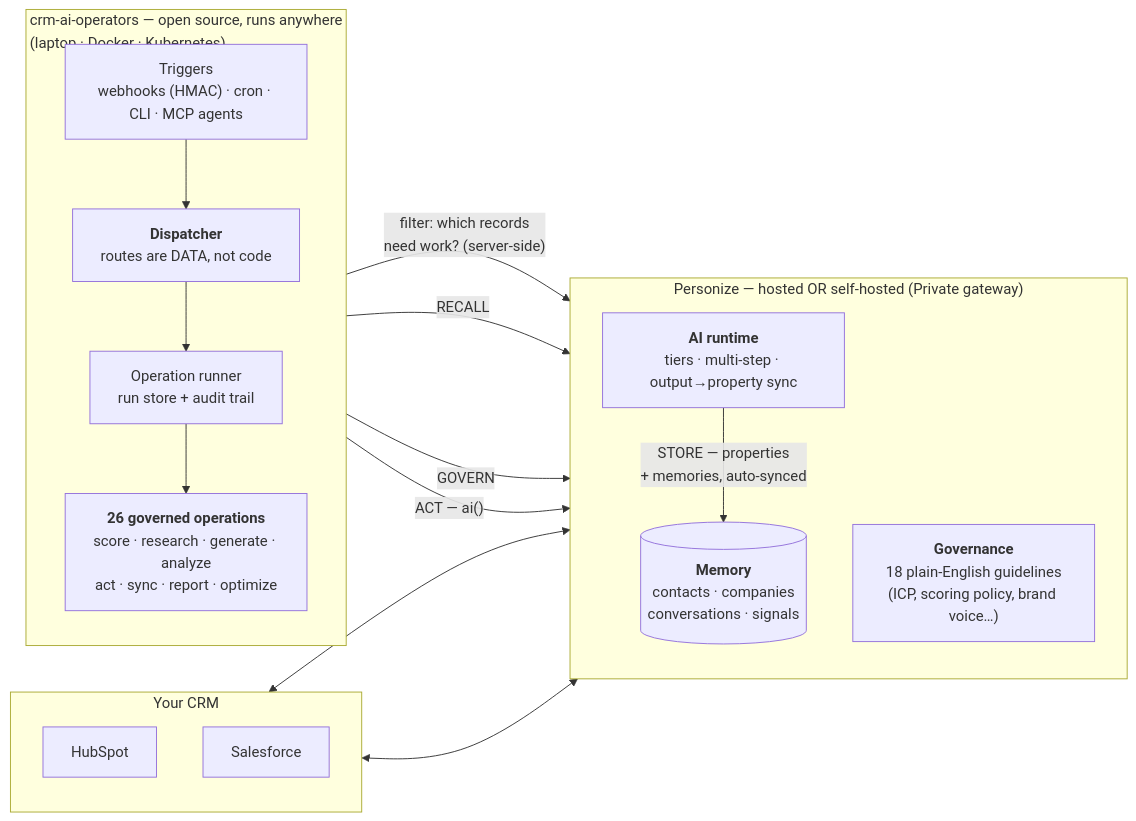
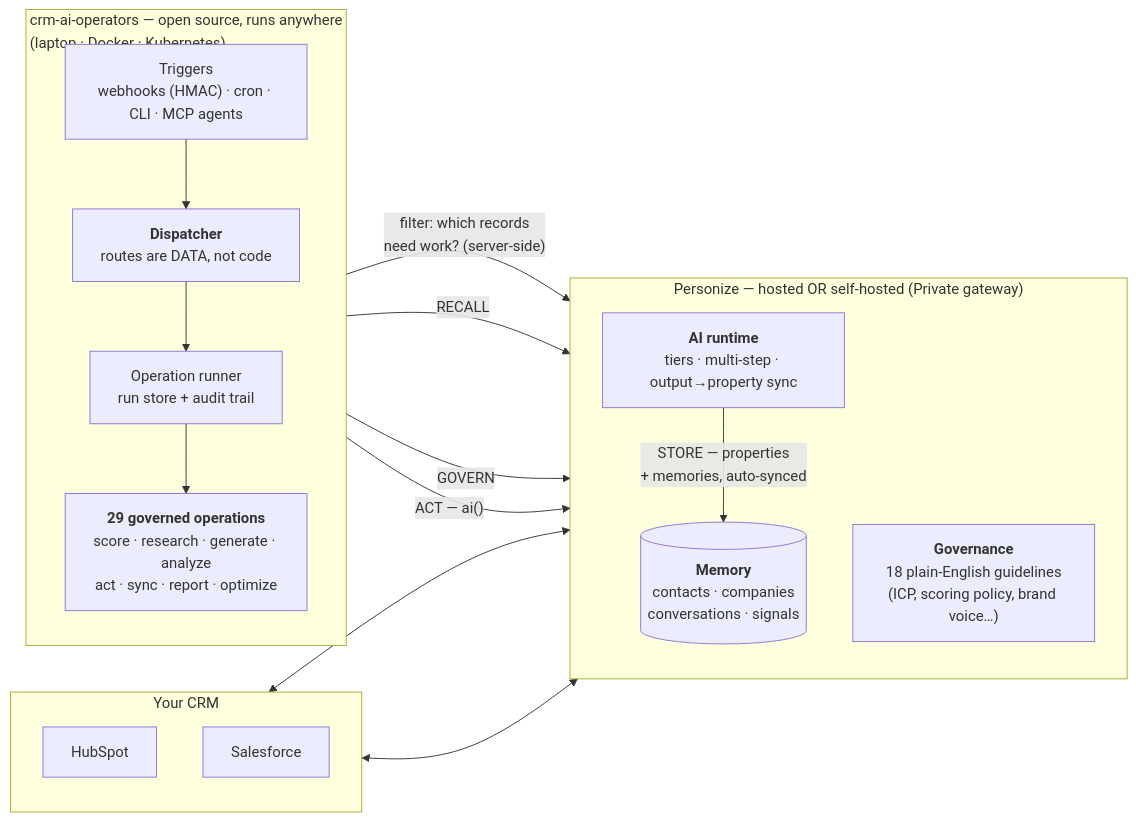
The first of 4 diagrams in docs/ARCHITECTURE.md (personizeai/crm-ai-operators), drawn with Mermaid before and after one commit. The commit also changed other lines of this file and 7 other files, not shown here.

````diff
--- a/docs/ARCHITECTURE.md
+++ b/docs/ARCHITECTURE.md
@@ -9,32 +9,32 @@
 ```mermaid
 flowchart LR
   subgraph CRM["Your CRM"]
     direction TB
     HS[HubSpot]
     SF[Salesforce]
   end
 
   subgraph ENGINE["crm-ai-operators — open source, runs anywhere<br/>(laptop · Docker · Kubernetes)"]
     direction TB
     TRIG["Triggers<br/>webhooks (HMAC) · cron · CLI · MCP agents"]
     DISP["<b>Dispatcher</b><br/>routes are DATA, not code"]
     RUN["Operation runner<br/>run store + audit trail"]
-    OPS["<b>26 governed operations</b><br/>score · research · generate · analyze<br/>act · sync · report · optimize"]
+    OPS["<b>29 governed operations</b><br/>score · research · generate · analyze<br/>act · sync · report · optimize"]
     TRIG --> DISP --> RUN --> OPS
   end
 
   subgraph PZ["Personize — hosted OR self-hosted (Private gateway)"]
     direction TB
     MEM[("<b>Memory</b><br/>contacts · companies<br/>conversations · signals")]
     GOV["<b>Governance</b><br/>18 plain-English guidelines<br/>(ICP, scoring policy, brand voice…)"]
     AI["<b>AI runtime</b><br/>tiers · multi-step · output→property sync"]
   end
 
   HS <--> MEM
   SF <--> MEM
   DISP -- "filter: which records<br/>need work? (server-side)" --> MEM
   OPS -- "RECALL" --> MEM
   OPS -- "GOVERN" --> GOV
   OPS -- "ACT — ai()" --> AI
   AI -- "STORE — properties<br/>+ memories, auto-synced" --> MEM
 ```
````
